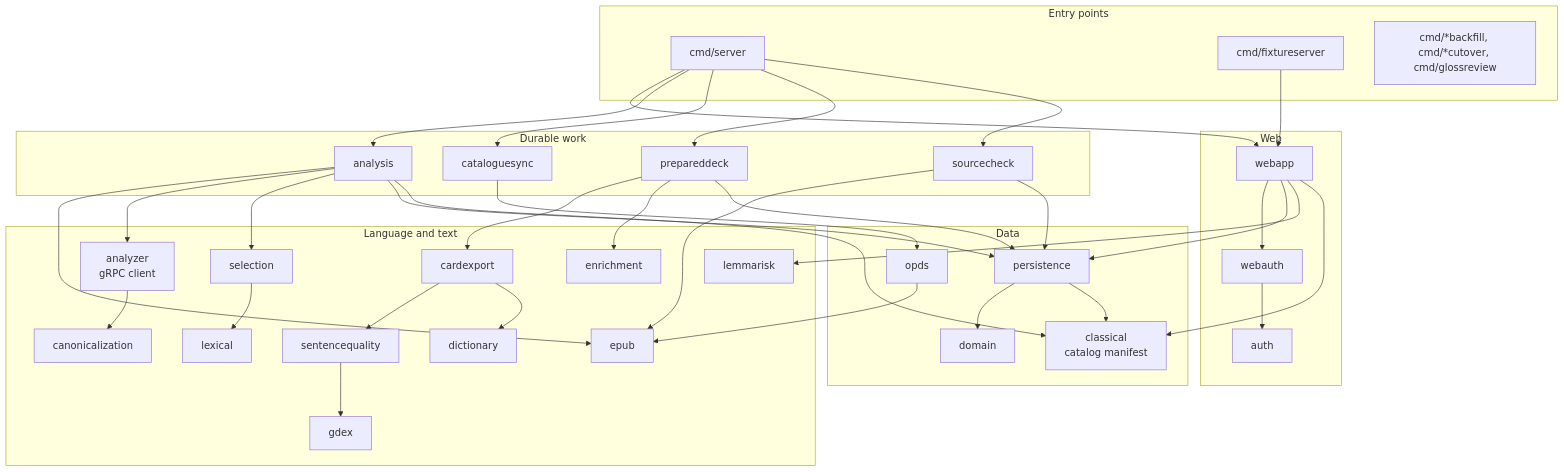
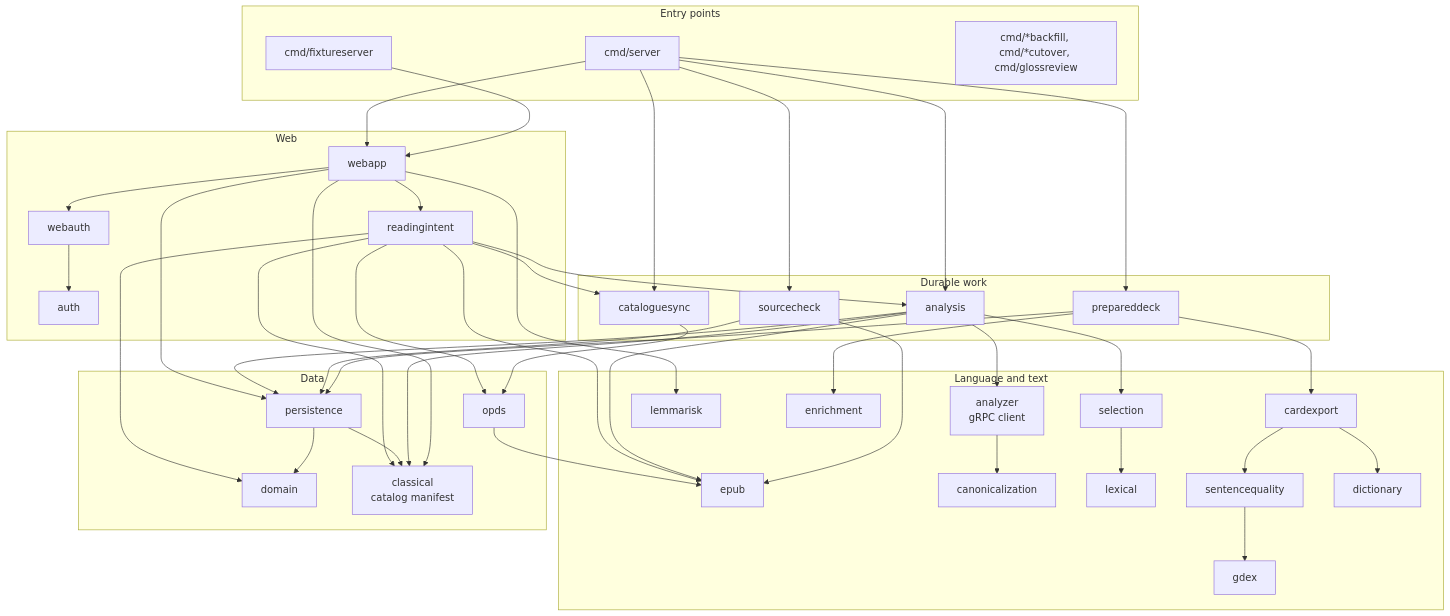
The sixth of 6 diagrams in ARCHITECTURE.md (justin-hayes/mouseion), drawn with Mermaid before and after one commit. The commit also changed other lines of this file and 12 other files, not shown here.

````diff
--- a/ARCHITECTURE.md
+++ b/ARCHITECTURE.md
@@ -280,54 +280,58 @@
 ```mermaid
 flowchart TB
     subgraph entry[Entry points]
         server[cmd/server]
         fixture[cmd/fixtureserver]
         tools[cmd/*backfill, cmd/*cutover, cmd/glossreview]
     end
     subgraph web[Web]
         webapp[webapp]
+        readingintent[readingintent]
         webauth[webauth]
         auth[auth]
     end
     subgraph jobs[Durable work]
         analysis[analysis]
         cataloguesync[cataloguesync]
         prepareddeck[prepareddeck]
         sourcecheck[sourcecheck]
     end
     subgraph lang[Language and text]
         epub[epub]
         analyzer[analyzer<br/>gRPC client]
         canonicalization[canonicalization]
         selection[selection]
         lexical[lexical]
         gdex[gdex]
         sentencequality[sentencequality]
         lemmarisk[lemmarisk]
         dictionary[dictionary]
         enrichment[enrichment]
         cardexport[cardexport]
     end
     subgraph data[Data]
         domain[domain]
         persistence[persistence]
         classical[classical<br/>catalog manifest]
         opds[opds]
     end
     server --> webapp & analysis & cataloguesync & prepareddeck & sourcecheck
     fixture --> webapp
     webapp --> webauth --> auth
     webapp --> persistence & lemmarisk
+    webapp --> readingintent
+    readingintent --> analysis & cataloguesync & classical & domain
+    readingintent --> opds & epub
     analysis --> epub & analyzer & selection & persistence
     sourcecheck --> epub & persistence
     cataloguesync --> opds --> epub
     prepareddeck --> cardexport & enrichment & persistence
     cardexport --> sentencequality & dictionary
     sentencequality --> gdex
     selection --> lexical
     analyzer --> canonicalization
     persistence --> domain
     persistence --> classical
     analysis --> classical
     webapp --> classical
 ```
````
